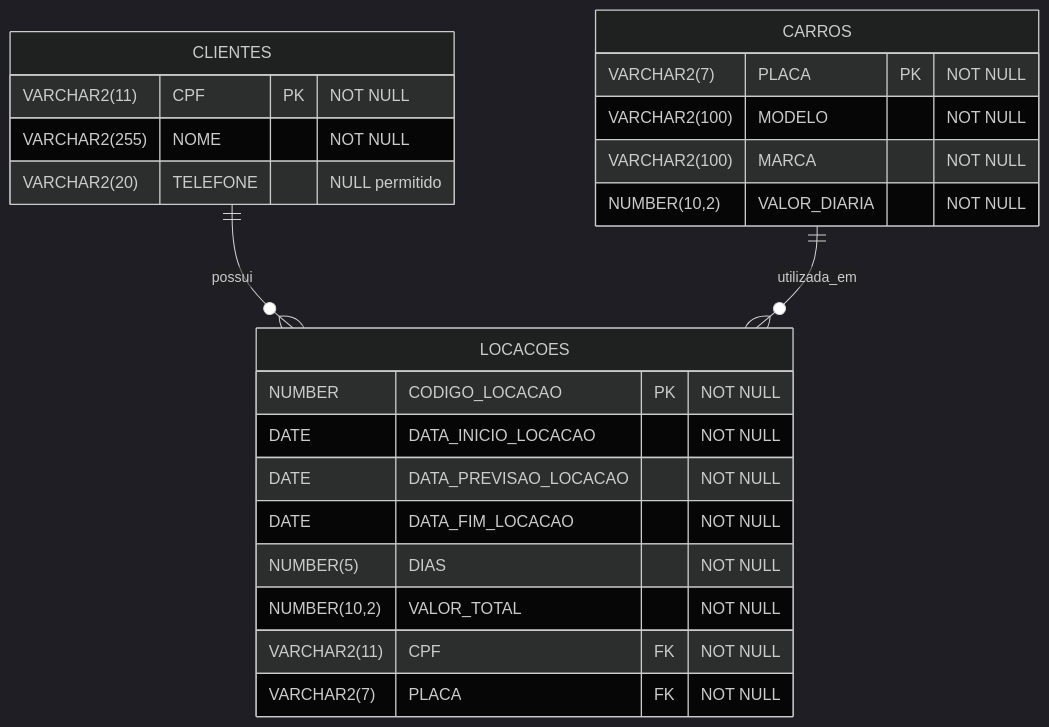
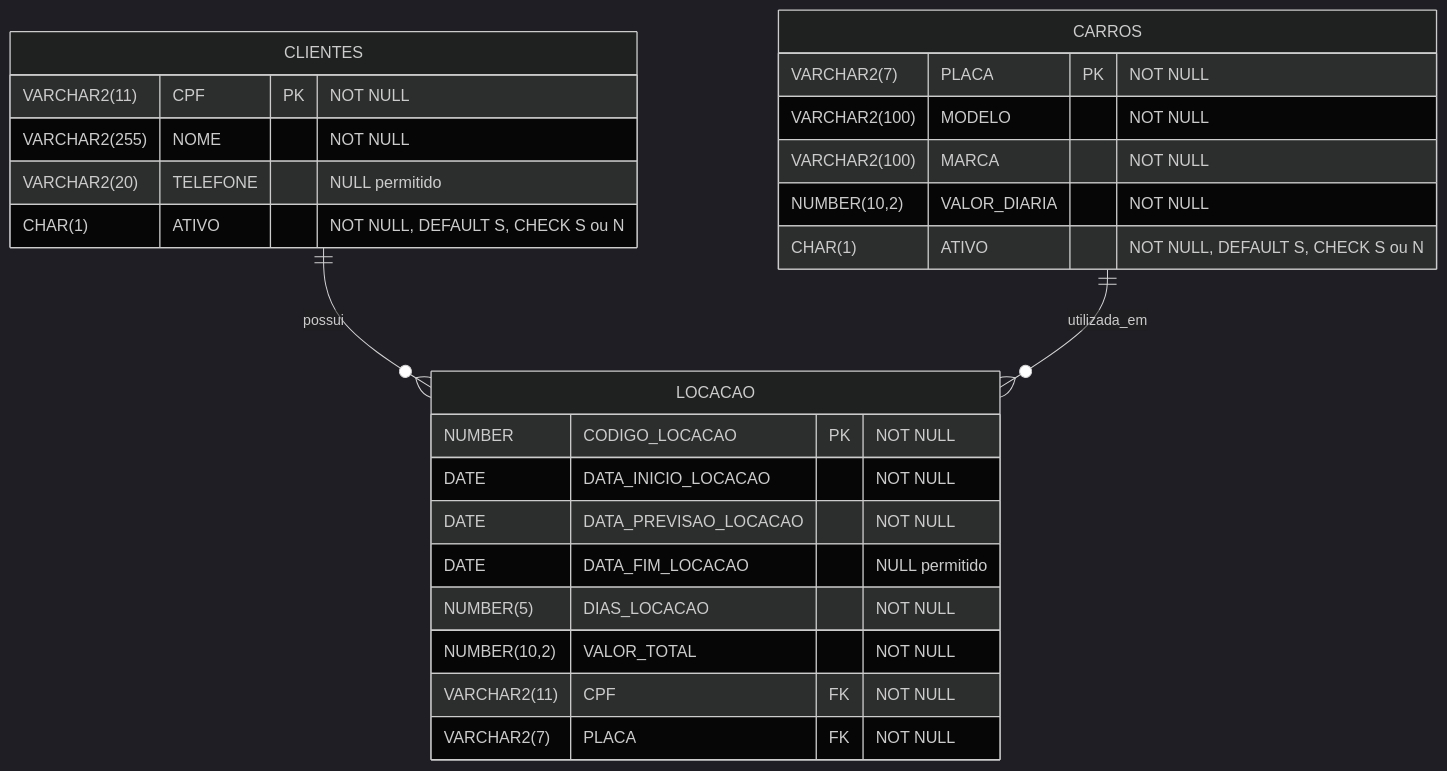
One commit to GabrielMalheirosdeCastro/TrabalhoC2BancoDeDados changed the diagram in Diagramas_Relacionais/DIAGRAMA_RELACIONAL_LOCACAO.mmd. Above: the diagram before and after it, drawn with Mermaid (dark theme).

Commit message:
Atualização do diagrama relacional para refletir o novo DDL e correção de nomenclaturas

```diff
--- a/Diagramas_Relacionais/DIAGRAMA_RELACIONAL_LOCACAO.mmd
+++ b/Diagramas_Relacionais/DIAGRAMA_RELACIONAL_LOCACAO.mmd
@@ -1,29 +1,31 @@
-%% Schema Oracle LABDATABASE, conforme TabelasSQL/create_tables.sql
-%% Sequence: LOCACOES_CODIGO_LOCACAO_SEQ (criada separadamente no DDL)
+%% Schema Oracle LABDATABASE conforme o novo DDL informado
+%% Sequence: LOCACAO_CODIGO_LOCACAO_SEQ (criada separadamente)
 erDiagram
-    CLIENTES ||--o{ LOCACOES : possui
-    CARROS ||--o{ LOCACOES : utilizada_em
+    CLIENTES ||--o{ LOCACAO : possui
+    CARROS ||--o{ LOCACAO : utilizada_em
 
     CLIENTES {
         VARCHAR2(11) CPF PK "NOT NULL"
         VARCHAR2(255) NOME "NOT NULL"
         VARCHAR2(20) TELEFONE "NULL permitido"
+        CHAR(1) ATIVO "NOT NULL, DEFAULT S, CHECK S ou N"
     }
 
     CARROS {
         VARCHAR2(7) PLACA PK "NOT NULL"
         VARCHAR2(100) MODELO "NOT NULL"
         VARCHAR2(100) MARCA "NOT NULL"
         NUMBER(10,2) VALOR_DIARIA "NOT NULL"
+        CHAR(1) ATIVO "NOT NULL, DEFAULT S, CHECK S ou N"
     }
 
-    LOCACOES {
+    LOCACAO {
         NUMBER CODIGO_LOCACAO PK "NOT NULL"
         DATE DATA_INICIO_LOCACAO "NOT NULL"
         DATE DATA_PREVISAO_LOCACAO "NOT NULL"
-        DATE DATA_FIM_LOCACAO "NOT NULL"
-        NUMBER(5) DIAS "NOT NULL"
+        DATE DATA_FIM_LOCACAO "NULL permitido"
+        NUMBER(5) DIAS_LOCACAO "NOT NULL"
         NUMBER(10,2) VALOR_TOTAL "NOT NULL"
         VARCHAR2(11) CPF FK "NOT NULL"
         VARCHAR2(7) PLACA FK "NOT NULL"
     }
```
